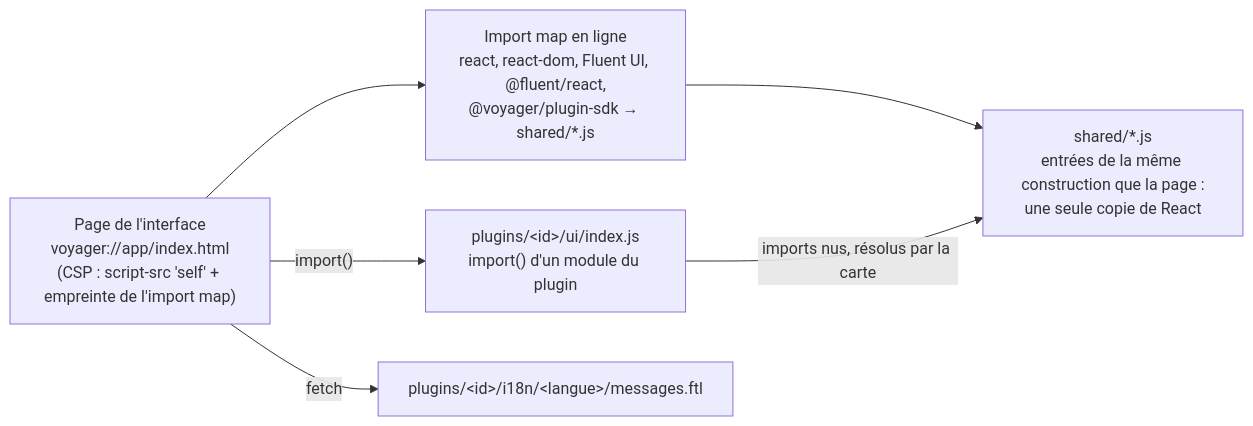
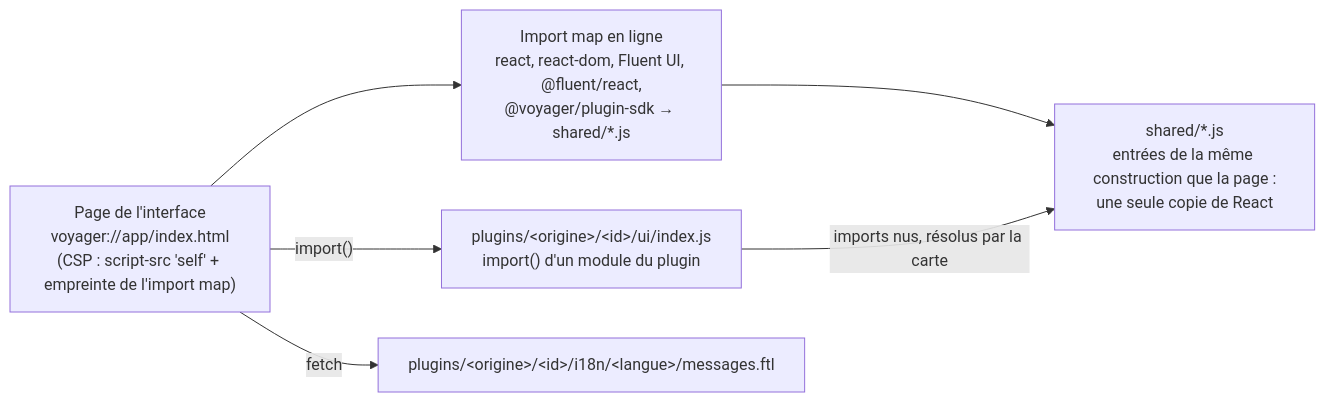
One commit to Nidk-Akanea/Voyager changed the seventh of 8 diagrams in docs/schemas/technique.md. Above: the diagram before and after it, drawn with Mermaid. The commit also changed other lines of this file and 54 other files, not shown here.

````diff
--- a/docs/schemas/technique.md
+++ b/docs/schemas/technique.md
@@ -287,12 +293,12 @@
 ```mermaid
 flowchart LR
     Page["Page de l'interface<br/>voyager://app/index.html<br/>(CSP : script-src 'self' + empreinte de l'import map)"]
     Map["Import map en ligne<br/>react, react-dom, Fluent UI, @fluent/react,<br/>@voyager/plugin-sdk → shared/*.js"]
     Shared["shared/*.js<br/>entrées de la même construction que la page :<br/>une seule copie de React"]
-    Module["plugins/&lt;id&gt;/ui/index.js<br/>import() d'un module du plugin"]
-    Texts["plugins/&lt;id&gt;/i18n/&lt;langue&gt;/messages.ftl"]
+    Module["plugins/&lt;origine&gt;/&lt;id&gt;/ui/index.js<br/>import() d'un module du plugin"]
+    Texts["plugins/&lt;origine&gt;/&lt;id&gt;/i18n/&lt;langue&gt;/messages.ftl"]
     Page --> Map --> Shared
     Page -->|"import()"| Module
     Module -->|"imports nus, résolus par la carte"| Shared
     Page -->|"fetch"| Texts
 ```
````
